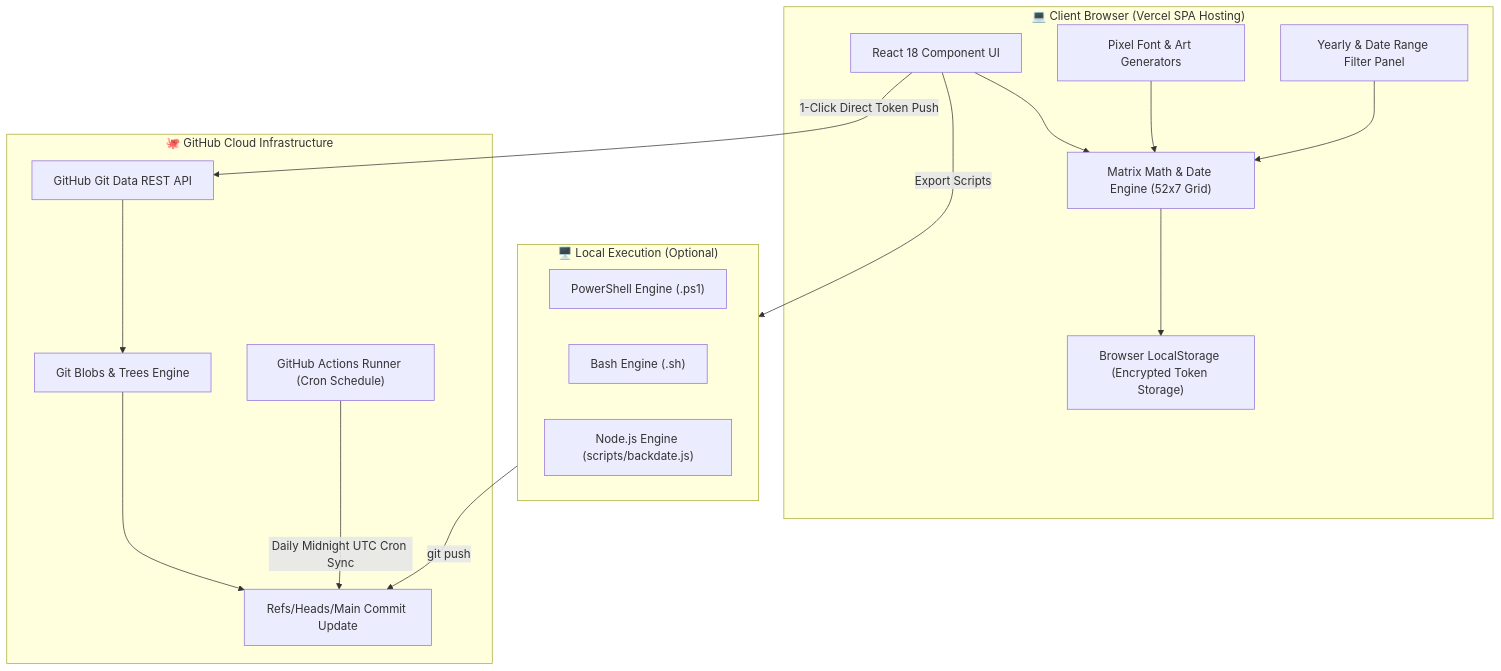
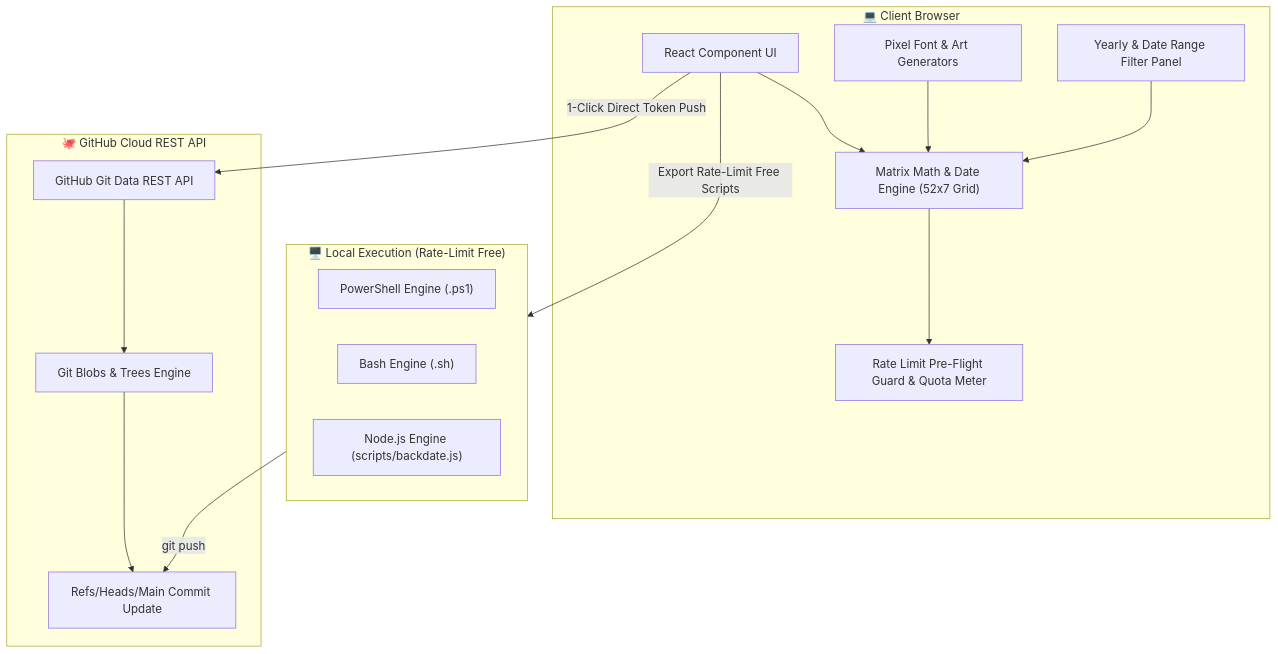
Before and after one commit to realranjan/git_cron_schedular: the diagram in README.md, drawn with Mermaid. The commit also changed other lines of this file and 5 other files, not shown here.

````diff
--- a/README.md
+++ b/README.md
@@ -23,37 +21,34 @@
 ```mermaid
 flowchart TD
-    subgraph Client ["💻 Client Browser (Vercel SPA Hosting)"]
-        UI["React 18 Component UI"]
+    subgraph Client ["💻 Client Browser"]
+        UI["React Component UI"]
         MatrixEngine["Matrix Math & Date Engine (52x7 Grid)"]
         PresetGen["Pixel Font & Art Generators"]
         DateFilter["Yearly & Date Range Filter Panel"]
-        LocalStore["Browser LocalStorage (Encrypted Token Storage)"]
+        RateLimitGuard["Rate Limit Pre-Flight Guard & Quota Meter"]
     end
 
-    subgraph GitHubAPI ["🐙 GitHub Cloud Infrastructure"]
+    subgraph GitHubAPI ["🐙 GitHub Cloud REST API"]
         GitDataAPI["GitHub Git Data REST API"]
         TreeBlob["Git Blobs & Trees Engine"]
         RefUpdate["Refs/Heads/Main Commit Update"]
-        CronBot["GitHub Actions Runner (Cron Schedule)"]
     end
 
-    subgraph LocalScript ["🖥️ Local Execution (Optional)"]
+    subgraph LocalScript ["🖥️ Local Execution (Rate-Limit Free)"]
         PS1["PowerShell Engine (.ps1)"]
         SH["Bash Engine (.sh)"]
         NodeJS["Node.js Engine (scripts/backdate.js)"]
     end
 
     UI --> MatrixEngine
     PresetGen --> MatrixEngine
     DateFilter --> MatrixEngine
-    MatrixEngine --> LocalStore
+    MatrixEngine --> RateLimitGuard
 
     UI -- "1-Click Direct Token Push" --> GitDataAPI
     GitDataAPI --> TreeBlob
     TreeBlob --> RefUpdate
 
-    UI -- "Export Scripts" --> LocalScript
+    UI -- "Export Rate-Limit Free Scripts" --> LocalScript
     LocalScript -- "git push" --> RefUpdate
-
-    CronBot -- "Daily Midnight UTC Cron Sync" --> RefUpdate
 ```
````
